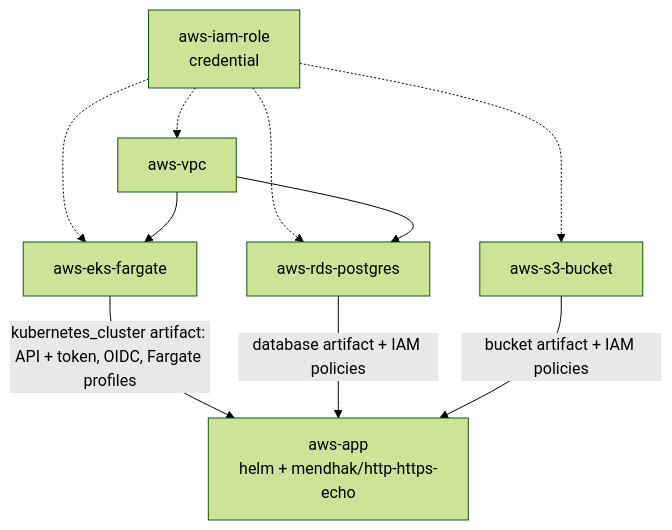
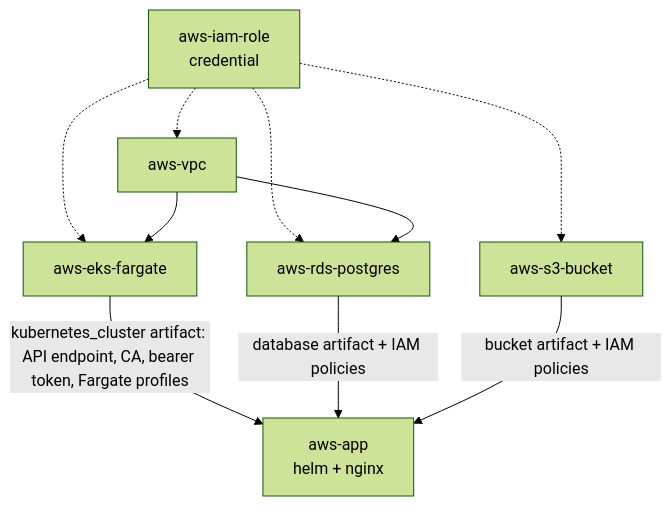
The diagram in GUIDE.md (massdriver-cloud/massdriver-catalog), drawn with Mermaid (forest theme) before and after one commit. The commit also changed other lines of this file and 7 other files, not shown here.

````diff
--- a/GUIDE.md
+++ b/GUIDE.md
@@ -34,19 +34,19 @@
 ```mermaid
 flowchart TB
   iam[aws-iam-role<br/>credential]
   vpc[aws-vpc]
   eks[aws-eks-fargate]
   db[aws-rds-postgres]
   s3[aws-s3-bucket]
-  app[aws-app<br/>helm + mendhak/http-https-echo]
+  app[aws-app<br/>helm + nginx]
 
   iam -.-> vpc
   iam -.-> eks
   iam -.-> db
   iam -.-> s3
   vpc --> eks
   vpc --> db
-  eks -->|kubernetes_cluster artifact: API + token, OIDC, Fargate profiles| app
+  eks -->|kubernetes_cluster artifact: API endpoint, CA, bearer token, Fargate profiles| app
   db -->|database artifact + IAM policies| app
   s3 -->|bucket artifact + IAM policies| app
 ```
````
